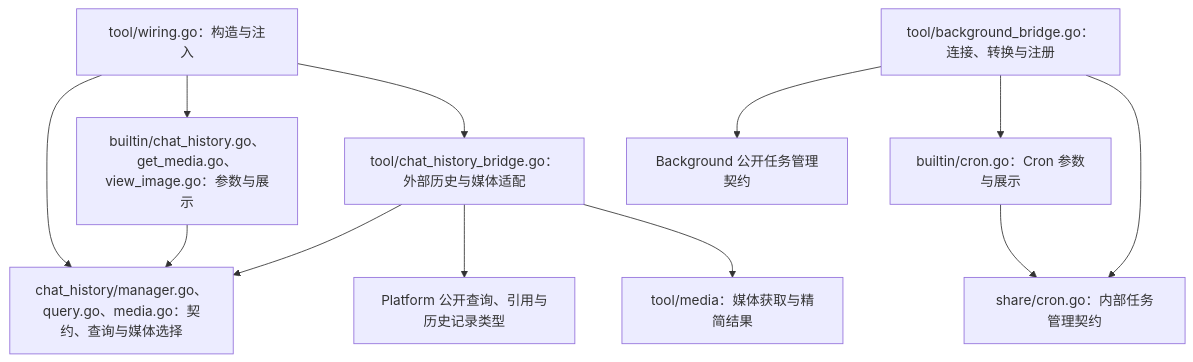
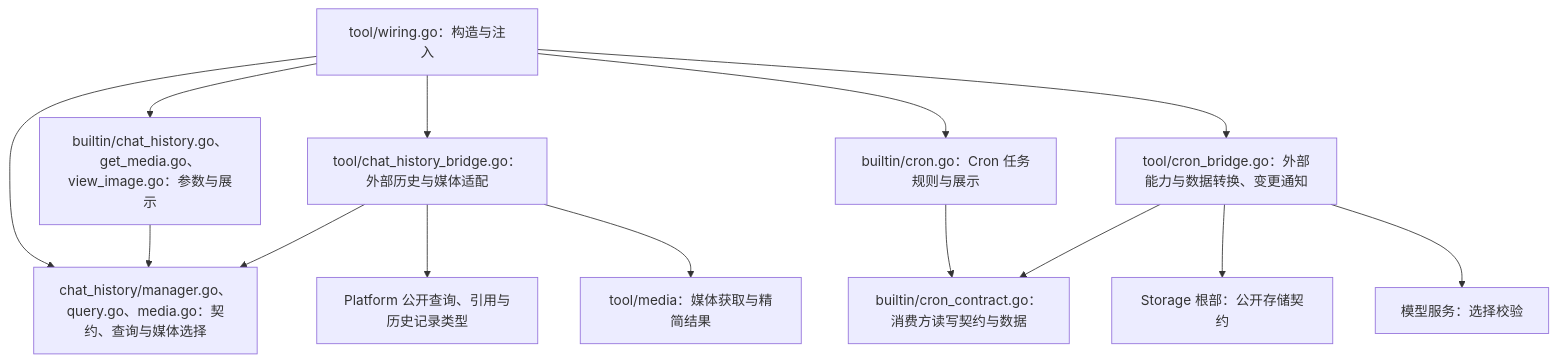
One commit to Elflare/elbot changed the eighth of 16 diagrams in devdocs/architecture.md. Above: the diagram before and after it, drawn with Mermaid. The commit also changed other lines of this file and 19 other files, not shown here.

````diff
--- a/devdocs/architecture.md
+++ b/devdocs/architecture.md
@@ -314,14 +314,16 @@
 ```mermaid
 flowchart TD
     W["tool/wiring.go：构造与注入"] --> B["builtin/chat_history.go、get_media.go、view_image.go：参数与展示"]
     W --> H["chat_history/manager.go、query.go、media.go：契约、查询与媒体选择"]
     W --> R["tool/chat_history_bridge.go：外部历史与媒体适配"]
     B --> H
     R --> H
     R --> P["Platform 公开查询、引用与历史记录类型"]
     R --> M["tool/media：媒体获取与精简结果"]
-    C["builtin/cron.go：Cron 参数与展示"] --> S["share/cron.go：内部任务管理契约"]
-    G["tool/background_bridge.go：连接、转换与注册"] --> C
+    C["builtin/cron.go：Cron 任务规则与展示"] --> S["builtin/cron_contract.go：消费方读写契约与数据"]
+    W --> C
+    W --> G["tool/cron_bridge.go：外部能力与数据转换、变更通知"]
     G --> S
-    G --> BG["Background 公开任务管理契约"]
+    G --> DB["Storage 根部：公开存储契约"]
+    G --> MM["模型服务：选择校验"]
 ```
````
